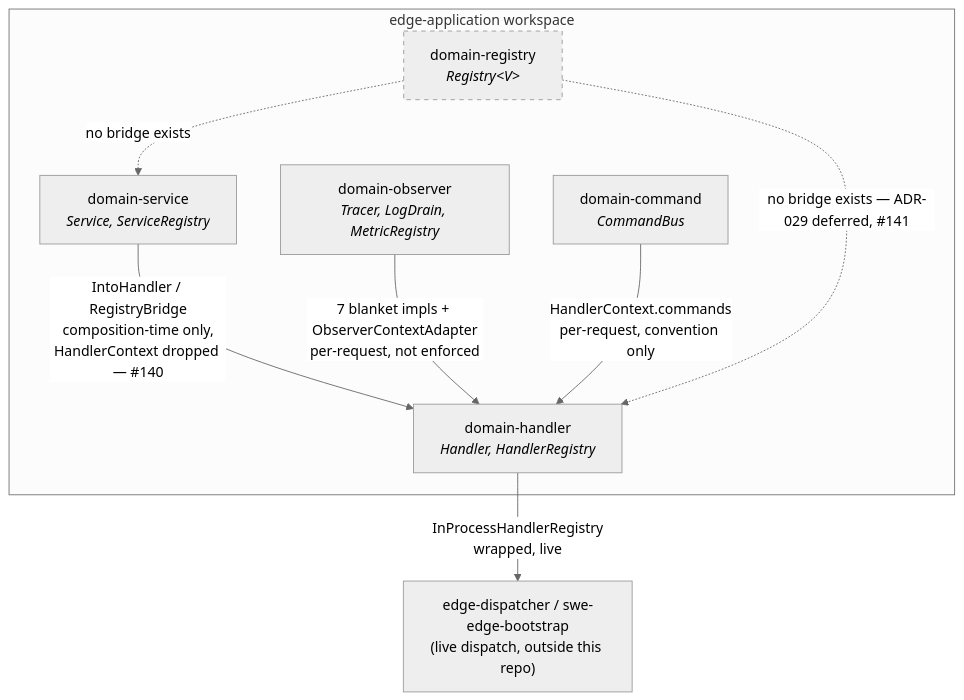
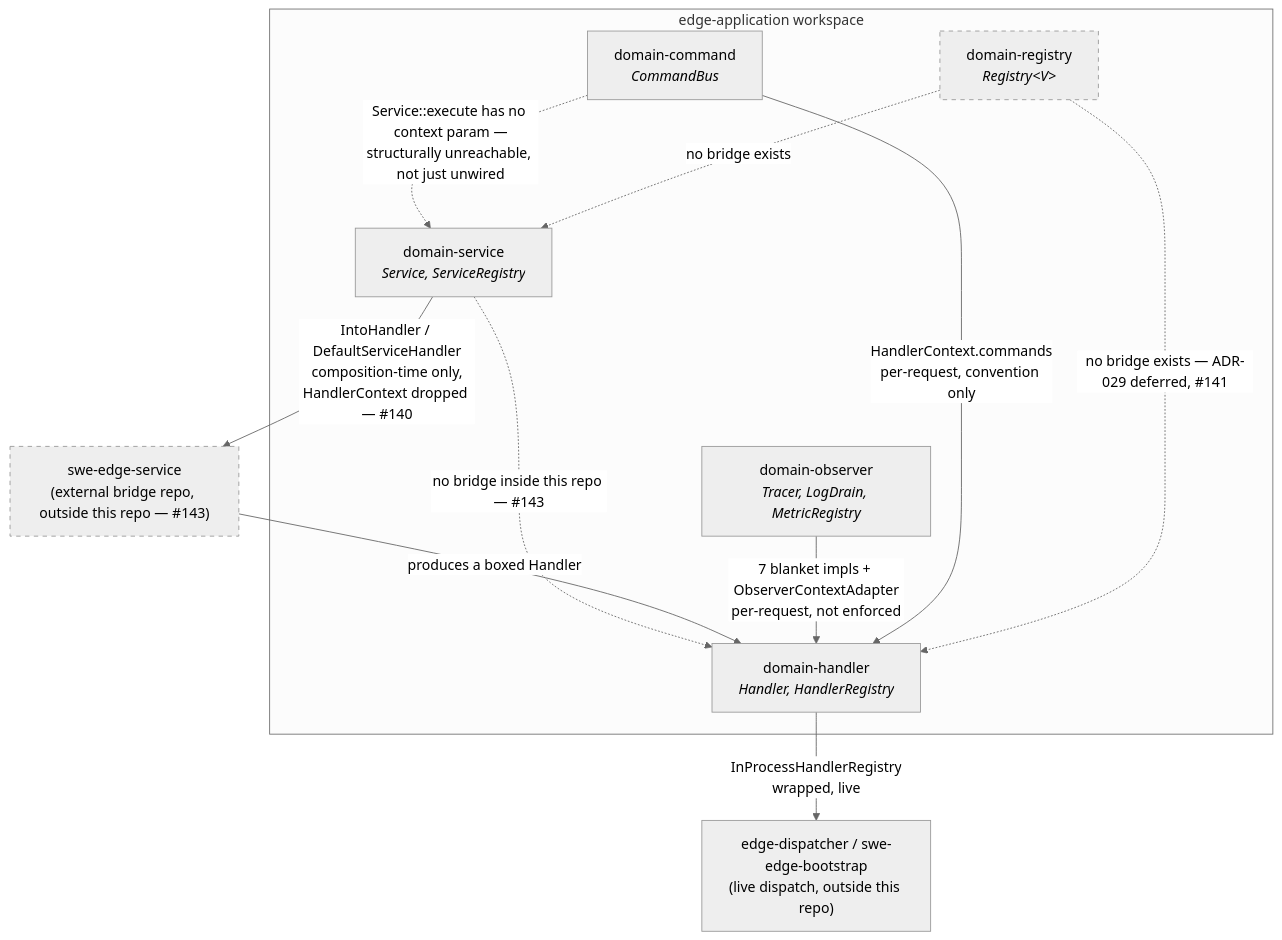
The diagram in scm/docs/3-design/architecture.md (sweengineeringlabs/edge-domain), drawn with Mermaid (neutral theme) before and after one commit. The commit also changed other lines of this file and 4 other files, not shown here.

First line of the commit message:
docs(dataflow): correct stale Service->Handler bridge doc, document Command/Service gap

````diff
--- a/scm/docs/3-design/architecture.md
+++ b/scm/docs/3-design/architecture.md
@@ -81,21 +92,26 @@
 ```mermaid
 graph TB
     subgraph app["edge-application workspace"]
         Handler["domain-handler<br/><i>Handler, HandlerRegistry</i>"]
         Service["domain-service<br/><i>Service, ServiceRegistry</i>"]
         Observer["domain-observer<br/><i>Tracer, LogDrain, MetricRegistry</i>"]
         Command["domain-command<br/><i>CommandBus</i>"]
         Registry["domain-registry<br/><i>Registry&lt;V&gt;</i>"]
     end
 
+    Bridge["swe-edge-service<br/>(external bridge repo, outside this repo — #143)"]
     Consumer["edge-dispatcher / swe-edge-bootstrap<br/>(live dispatch, outside this repo)"]
 
-    Service -->|"IntoHandler / RegistryBridge<br/>composition-time only,<br/>HandlerContext dropped — #140"| Handler
+    Service -.->|"no bridge inside this repo — #143"| Handler
+    Service -->|"IntoHandler / DefaultServiceHandler<br/>composition-time only,<br/>HandlerContext dropped — #140"| Bridge
+    Bridge -->|"produces a boxed Handler"| Handler
     Observer -->|"7 blanket impls + ObserverContextAdapter<br/>per-request, not enforced"| Handler
     Command -->|"HandlerContext.commands<br/>per-request, convention only"| Handler
+    Command -.->|"Service::execute has no context param —<br/>structurally unreachable, not just unwired"| Service
     Handler -->|"InProcessHandlerRegistry<br/>wrapped, live"| Consumer
     Registry -.->|"no bridge exists — ADR-029 deferred, #141"| Handler
     Registry -.->|"no bridge exists"| Service
 
     style Registry stroke-dasharray: 5 5
+    style Bridge stroke-dasharray: 5 5
 ```
````
